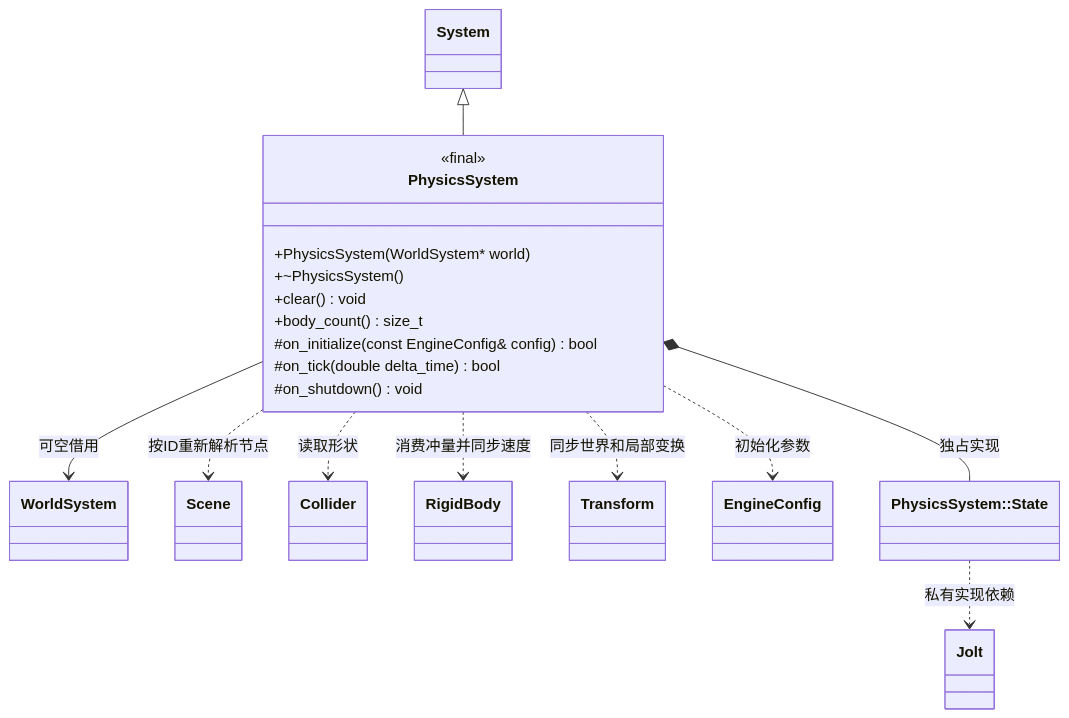
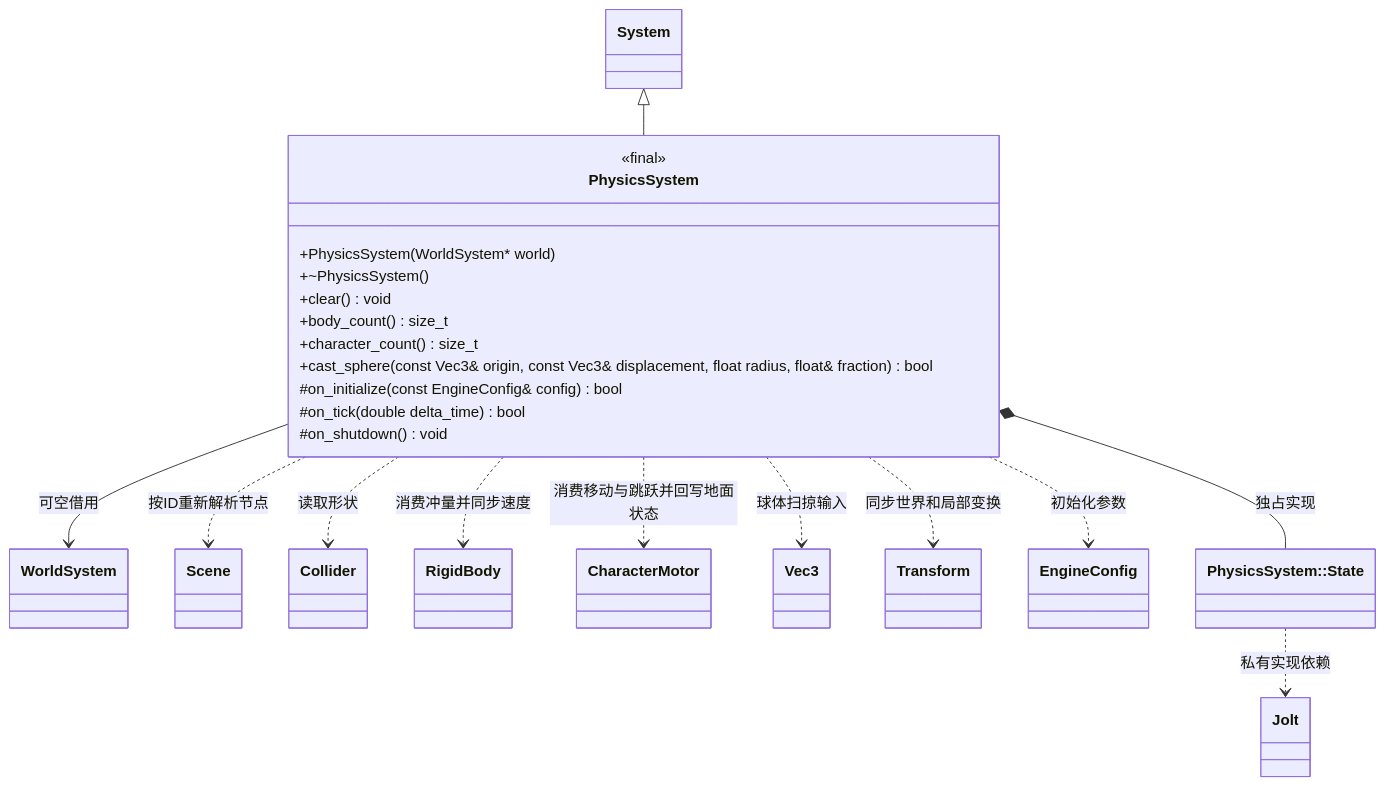
The diagram in docs/runtime/class-diagrams/physics-system.md (lcals/Engine), drawn with Mermaid before and after one commit. The commit also changed 213 other files, not shown here.

````diff
--- a/docs/runtime/class-diagrams/physics-system.md
+++ b/docs/runtime/class-diagrams/physics-system.md
@@ -7,31 +7,37 @@
 ```mermaid
 classDiagram
     class PhysicsSystem {
         <<final>>
         +PhysicsSystem(WorldSystem#42; world)
         +~PhysicsSystem()
         +clear() void
         +body_count() size_t
+        +character_count() size_t
+        +cast_sphere(const Vec3& origin, const Vec3& displacement, float radius, float& fraction) bool
         #on_initialize(const EngineConfig& config) bool
         #on_tick(double delta_time) bool
         #on_shutdown() void
     }
     class System
     class WorldSystem
     class Scene
     class Collider
     class RigidBody
+    class CharacterMotor
+    class Vec3
     class Transform
     class EngineConfig
     class PhysicsState["PhysicsSystem::State"]
     class Jolt["Jolt"]
     System <|-- PhysicsSystem
     PhysicsSystem --> WorldSystem : 可空借用
     PhysicsSystem *-- PhysicsState : 独占实现
     PhysicsState ..> Jolt : 私有实现依赖
     PhysicsSystem ..> Scene : 按ID重新解析节点
     PhysicsSystem ..> Collider : 读取形状
     PhysicsSystem ..> RigidBody : 消费冲量并同步速度
+    PhysicsSystem ..> CharacterMotor : 消费移动与跳跃并回写地面状态
+    PhysicsSystem ..> Vec3 : 球体扫掠输入
     PhysicsSystem ..> Transform : 同步世界和局部变换
     PhysicsSystem ..> EngineConfig : 初始化参数
 ```
````
